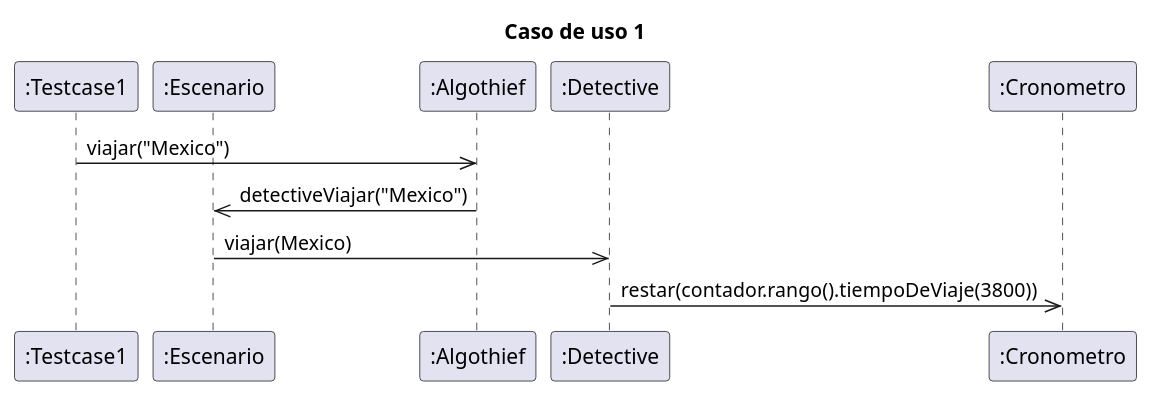
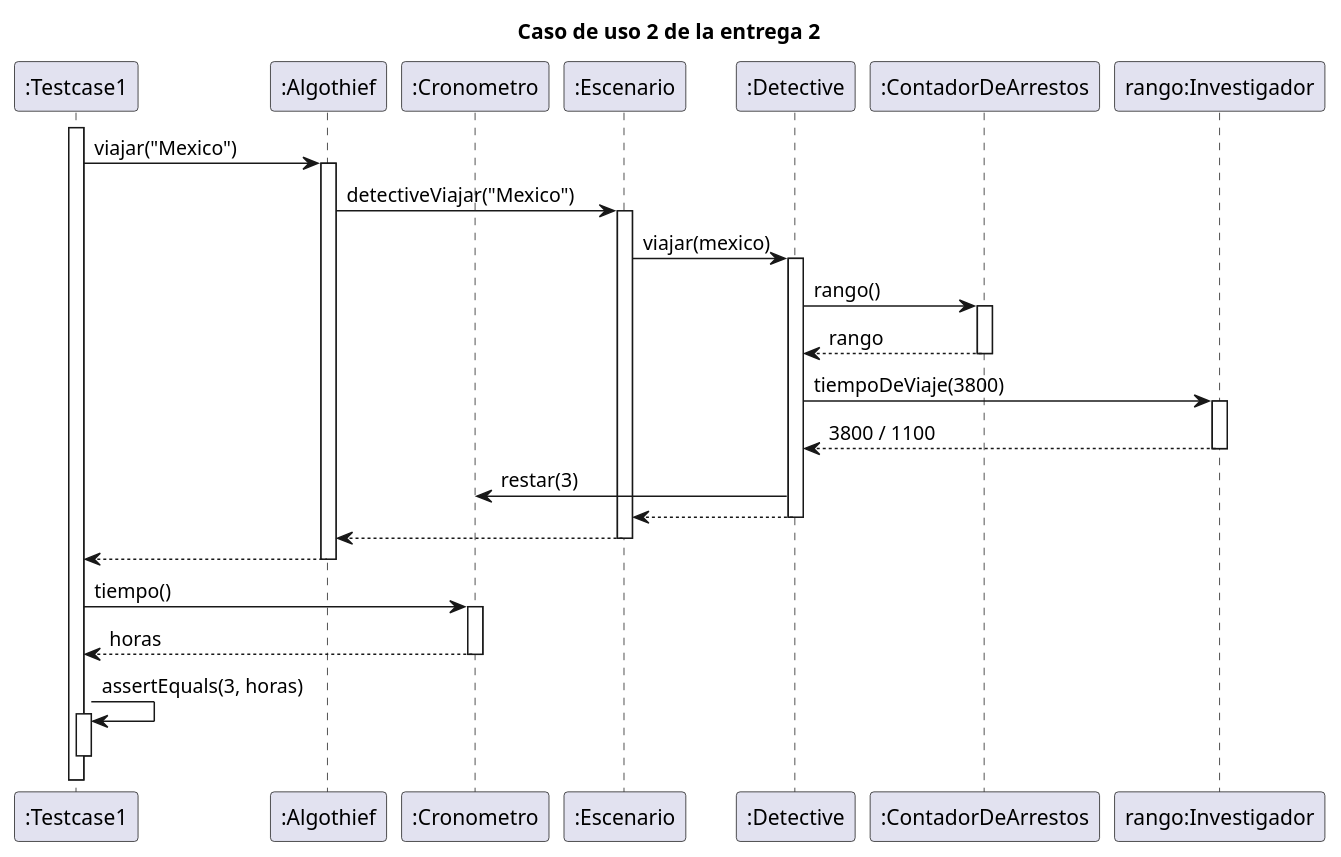
The diagram in diagrams/sequences/secuencia_entrega2_testcase02.plantuml (MegaRedHand/algo-thief), drawn with PlantUML before and after one commit. The commit also changed 5 other files, not shown here.

Commit message:
docs: agrego diagrama 3 de la entrega 2

```diff
--- a/diagrams/sequences/secuencia_entrega2_testcase02.plantuml
+++ b/diagrams/sequences/secuencia_entrega2_testcase02.plantuml
@@ -1,18 +1,39 @@
 @startuml
 
-title "Caso de uso 1"
+title "Caso de uso 2 de la entrega 2"
 
 participant ":Testcase1" as testcase
+participant ":Algothief" as algothief
+participant ":Cronometro" as cronometro
 participant ":Escenario" as escenario
-participant ":Algothief" as algothief
 participant ":Detective" as detective
-participant ":Cronometro" as cronometro
+participant ":ContadorDeArrestos" as contador
+participant "rango:Investigador" as rango
 
+activate testcase
+testcase -> algothief: viajar("Mexico")
+    activate algothief
+    algothief -> escenario: detectiveViajar("Mexico")
+        activate escenario
+        escenario -> detective: viajar(mexico)
+            activate detective
+            detective -> contador: rango()
+                activate contador
+                return rango
+            detective -> rango: tiempoDeViaje(3800)
+                activate rango
+                return 3800 / 1100
+            detective -> cronometro: restar(3)
+            return
+        return
+    return
 
+testcase -> cronometro: tiempo()
+    activate cronometro
+    return horas
 
-testcase ->> algothief: viajar("Mexico")
-algothief ->> escenario: detectiveViajar("Mexico")
-escenario ->> detective: viajar(Mexico)
-detective ->>cronometro:restar(contador.rango().tiempoDeViaje(3800))
+testcase -> testcase: assertEquals(3, horas)
+activate testcase
+deactivate testcase
 
 @enduml
```
